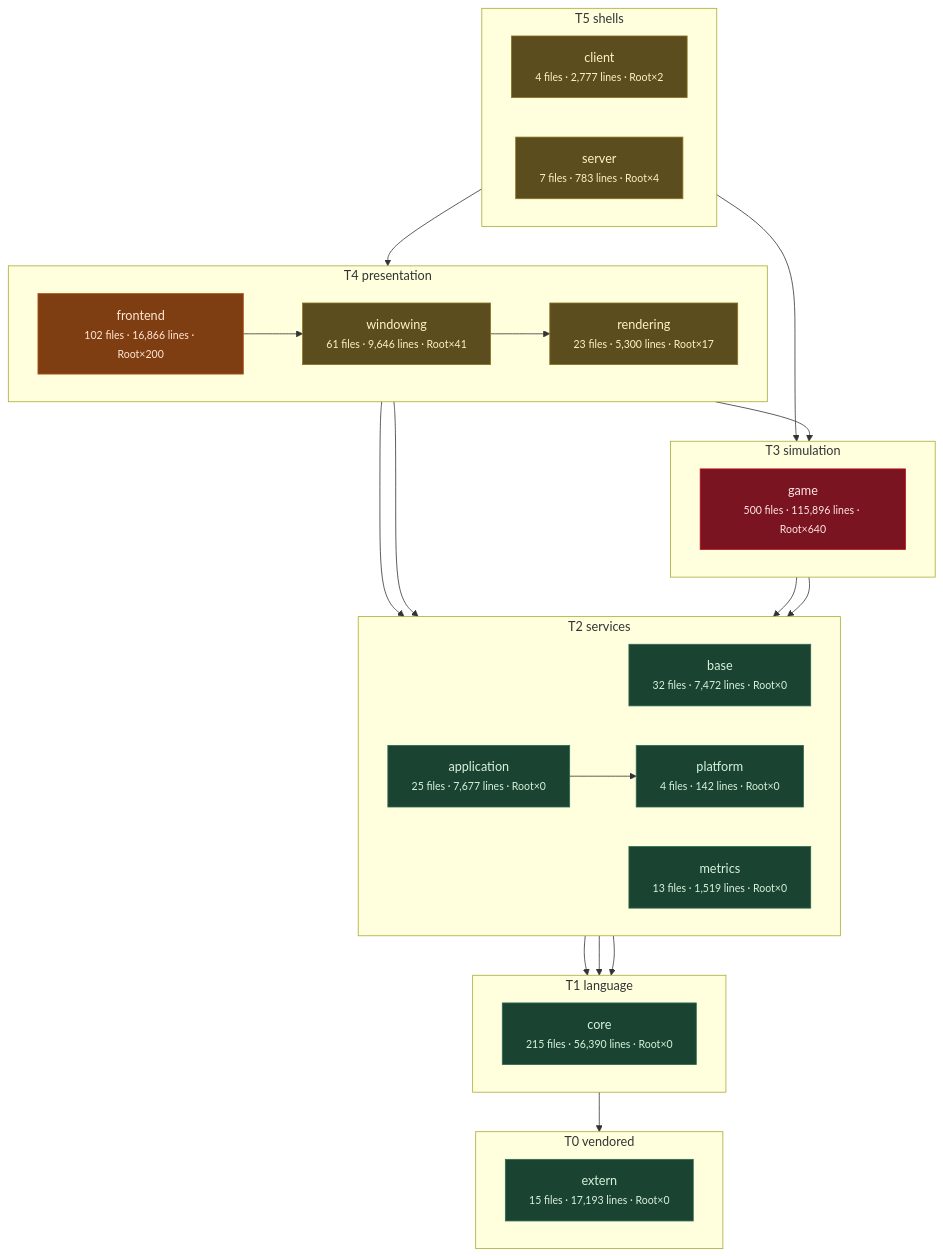
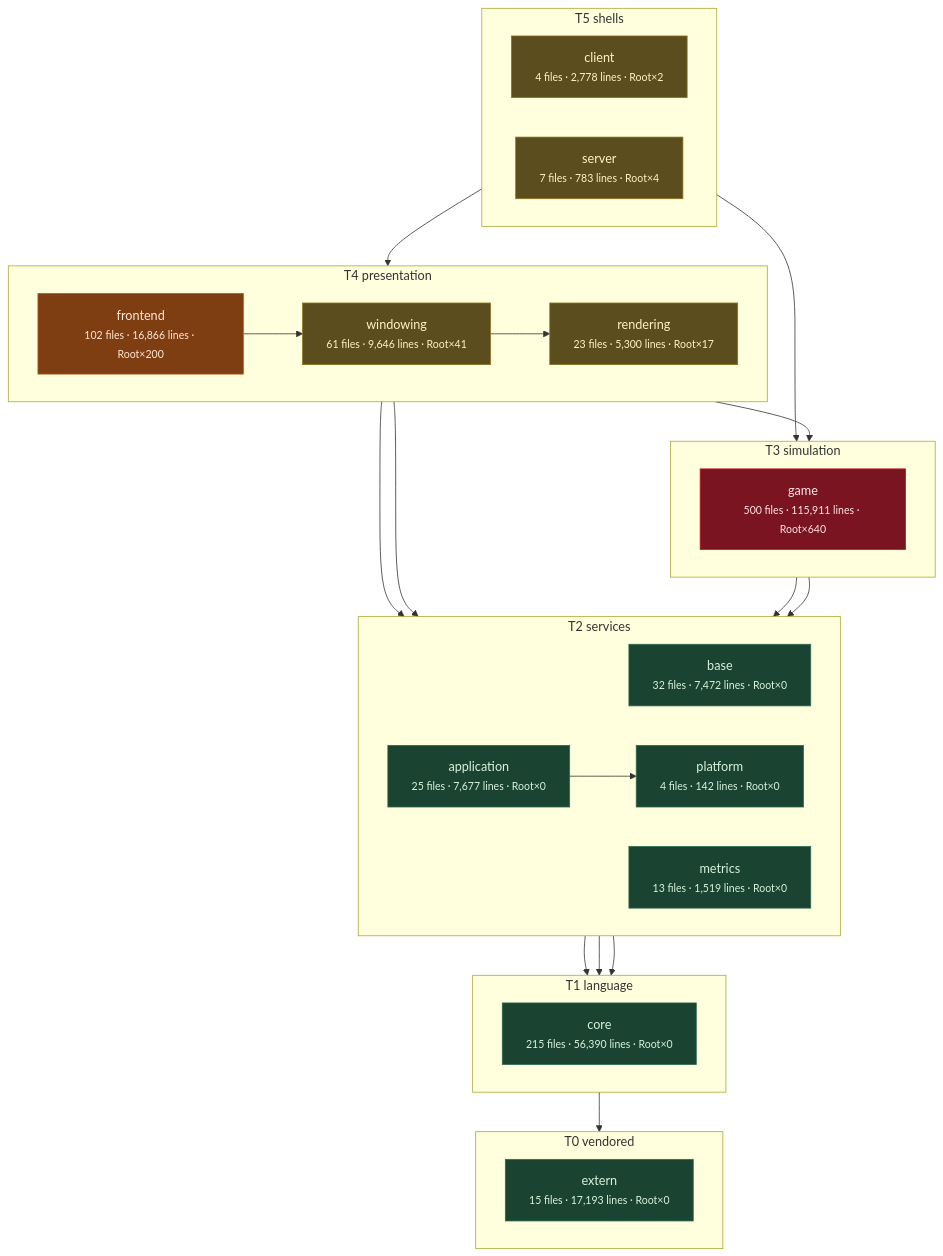
One commit to apnex/OpenStarbound changed the third of 11 diagrams in docs/architecture/system-boundaries.md. Above: the diagram before and after it, drawn with Mermaid. The commit also changed other lines of this file and 2 other files, not shown here.

````diff
--- a/docs/architecture/system-boundaries.md
+++ b/docs/architecture/system-boundaries.md
@@ -271,55 +271,55 @@
 ```mermaid
 flowchart TD
   subgraph T0["T0 vendored"]
     direction LR
     extern["extern<br/><small>15 files · 17,193 lines · Root×0</small>"]
   end
   subgraph T1["T1 language"]
     direction LR
     core["core<br/><small>215 files · 56,390 lines · Root×0</small>"]
   end
   subgraph T2["T2 services"]
     direction LR
     base["base<br/><small>32 files · 7,472 lines · Root×0</small>"]
     metrics["metrics<br/><small>13 files · 1,519 lines · Root×0</small>"]
     platform["platform<br/><small>4 files · 142 lines · Root×0</small>"]
     application["application<br/><small>25 files · 7,677 lines · Root×0</small>"]
   end
   subgraph T3["T3 simulation"]
     direction LR
-    game["game<br/><small>500 files · 115,896 lines · Root×640</small>"]
+    game["game<br/><small>500 files · 115,911 lines · Root×640</small>"]
   end
   subgraph T4["T4 presentation"]
     direction LR
     rendering["rendering<br/><small>23 files · 5,300 lines · Root×17</small>"]
     windowing["windowing<br/><small>61 files · 9,646 lines · Root×41</small>"]
     frontend["frontend<br/><small>102 files · 16,866 lines · Root×200</small>"]
   end
   subgraph T5["T5 shells"]
     direction LR
-    client["client<br/><small>4 files · 2,777 lines · Root×2</small>"]
+    client["client<br/><small>4 files · 2,778 lines · Root×2</small>"]
     server["server<br/><small>7 files · 783 lines · Root×4</small>"]
   end
   core --> extern
   base --> core
   metrics --> core
   platform --> core
   application --> platform
   game --> base
   game --> platform
   rendering --> application
   rendering --> game
   windowing --> rendering
   frontend --> metrics
   frontend --> windowing
   client --> frontend
   server --> game
   classDef clean fill:#1b4332,stroke:#2d6a4f,color:#d8f3dc
   classDef warm  fill:#5c4d1e,stroke:#8a7420,color:#fff3bf
   classDef hot   fill:#7f3e12,stroke:#b5561b,color:#ffe8d6
   classDef blaze fill:#7a1420,stroke:#c1121f,color:#ffe5e5
   class extern,core,base,metrics,platform,application clean
   class rendering,windowing,client,server warm
   class frontend hot
   class game blaze
 ```
````
